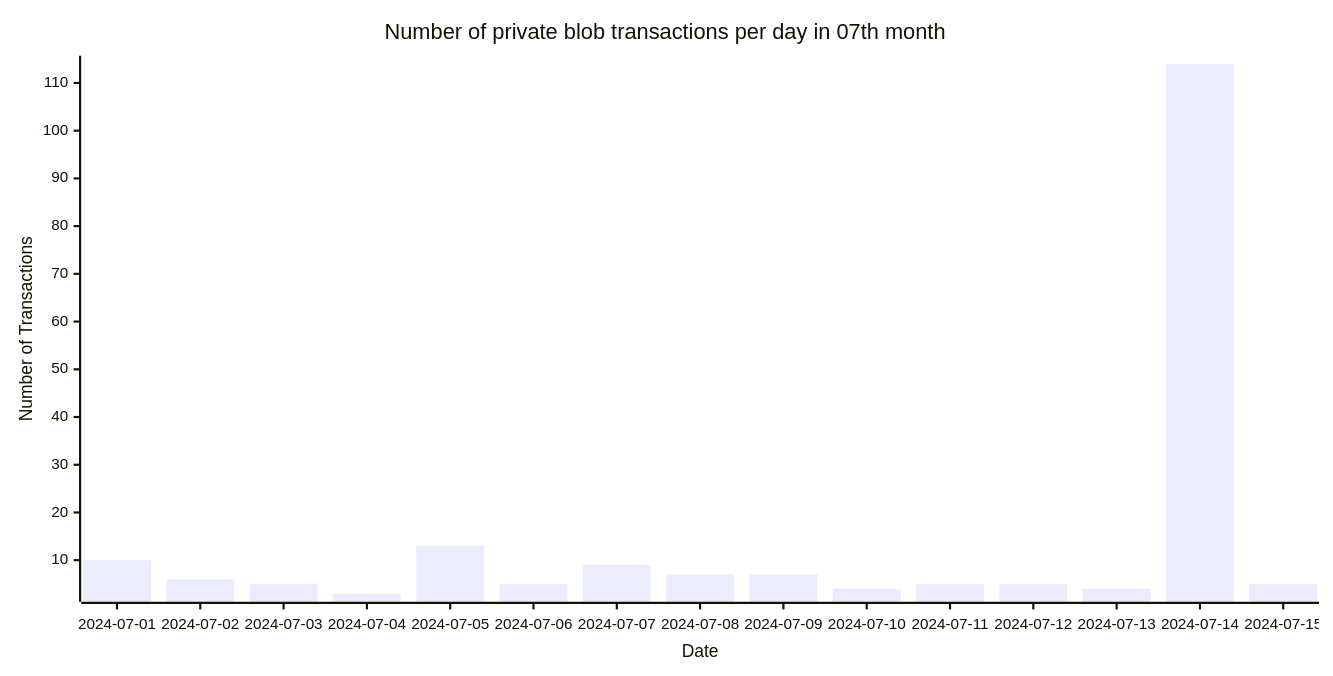
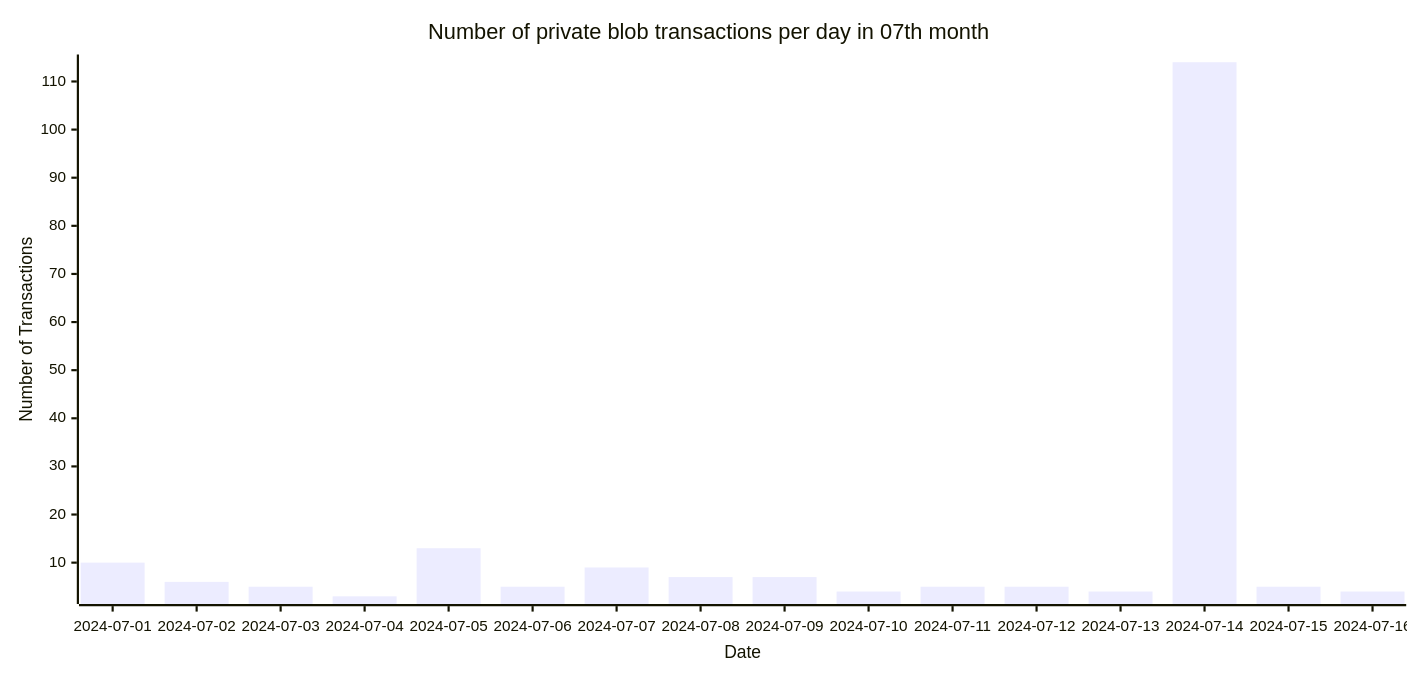
Before and after one commit to Amit0617/eip4844-data: the fifth of 5 diagrams in README.md, drawn with Mermaid. The commit also changed 1 other file, not shown here.

````diff
--- a/README.md
+++ b/README.md
@@ -53,12 +53,12 @@
 ```mermaid
 ---
 config:
     xyChart:
-        width: 1200
+        width: 1280
         height: 600
 ---
 xychart-beta title "Number of private blob transactions per day in 07th month"
-x-axis "Date" [2024-07-01,2024-07-02,2024-07-03,2024-07-04,2024-07-05,2024-07-06,2024-07-07,2024-07-08,2024-07-09,2024-07-10,2024-07-11,2024-07-12,2024-07-13,2024-07-14,2024-07-15]
+x-axis "Date" [2024-07-01,2024-07-02,2024-07-03,2024-07-04,2024-07-05,2024-07-06,2024-07-07,2024-07-08,2024-07-09,2024-07-10,2024-07-11,2024-07-12,2024-07-13,2024-07-14,2024-07-15,2024-07-16]
 y-axis "Number of Transactions"
-bar[10,6,5,3,13,5,9,7,7,4,5,5,4,114,5]
+bar[10,6,5,3,13,5,9,7,7,4,5,5,4,114,5,4]
 ```
````
